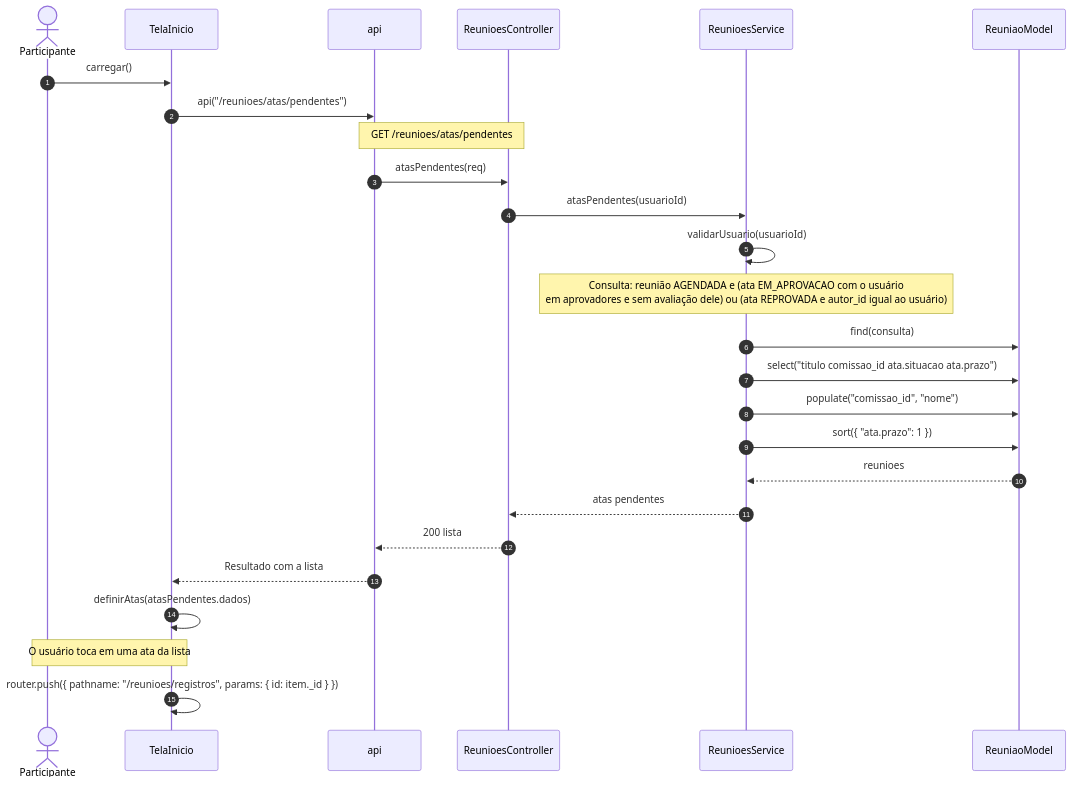
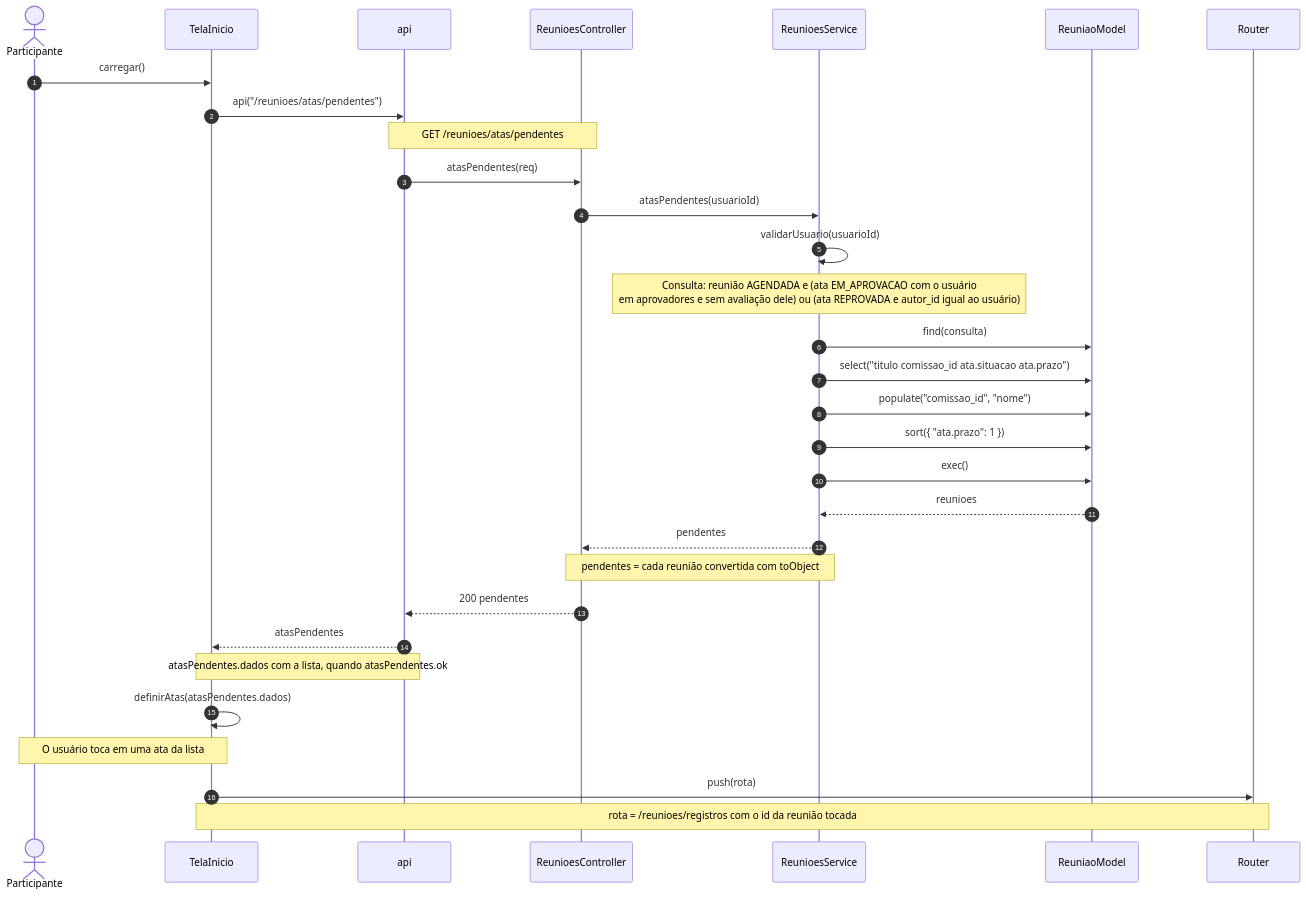
One commit to Conecta-IFSP/DOCUMENTATION changed the eighth of 9 diagrams in 4 - Incremento 3/atas/6 - diagramas-sequencia-atas.md. Above: the diagram before and after it, drawn with Mermaid. The commit also changed other lines of this file and 97 other files, not shown here.

````diff
--- a/4 - Incremento 3/atas/6 - diagramas-sequencia-atas.md
+++ b/4 - Incremento 3/atas/6 - diagramas-sequencia-atas.md
@@ -303,28 +310,33 @@
 ```mermaid
 sequenceDiagram
     autonumber
     actor U as Participante
     participant T as TelaInicio
     participant A as api
     participant C as ReunioesController
     participant S as ReunioesService
     participant M as ReuniaoModel
+    participant R as Router
     U->>T: carregar()
     T->>A: api("/reunioes/atas/pendentes")
     Note over A,C: GET /reunioes/atas/pendentes
     A->>C: atasPendentes(req)
     C->>S: atasPendentes(usuarioId)
     S->>S: validarUsuario(usuarioId)
     Note over S: Consulta: reunião AGENDADA e (ata EM_APROVACAO com o usuário<br/>em aprovadores e sem avaliação dele) ou (ata REPROVADA e autor_id igual ao usuário)
     S->>M: find(consulta)
     S->>M: select("titulo comissao_id ata.situacao ata.prazo")
     S->>M: populate("comissao_id", "nome")
     S->>M: sort({ "ata.prazo": 1 })
+    S->>M: exec()
     M-->>S: reunioes
-    S-->>C: atas pendentes
-    C-->>A: 200 lista
-    A-->>T: Resultado com a lista
+    S-->>C: pendentes
+    Note over S,C: pendentes = cada reunião convertida com toObject
+    C-->>A: 200 pendentes
+    A-->>T: atasPendentes
+    Note over A,T: atasPendentes.dados com a lista, quando atasPendentes.ok
     T->>T: definirAtas(atasPendentes.dados)
     Note over U,T: O usuário toca em uma ata da lista
-    T->>T: router.push({ pathname: "/reunioes/registros", params: { id: item._id } })
+    T->>R: push(rota)
+    Note over T,R: rota = /reunioes/registros com o id da reunião tocada
 ```
````
